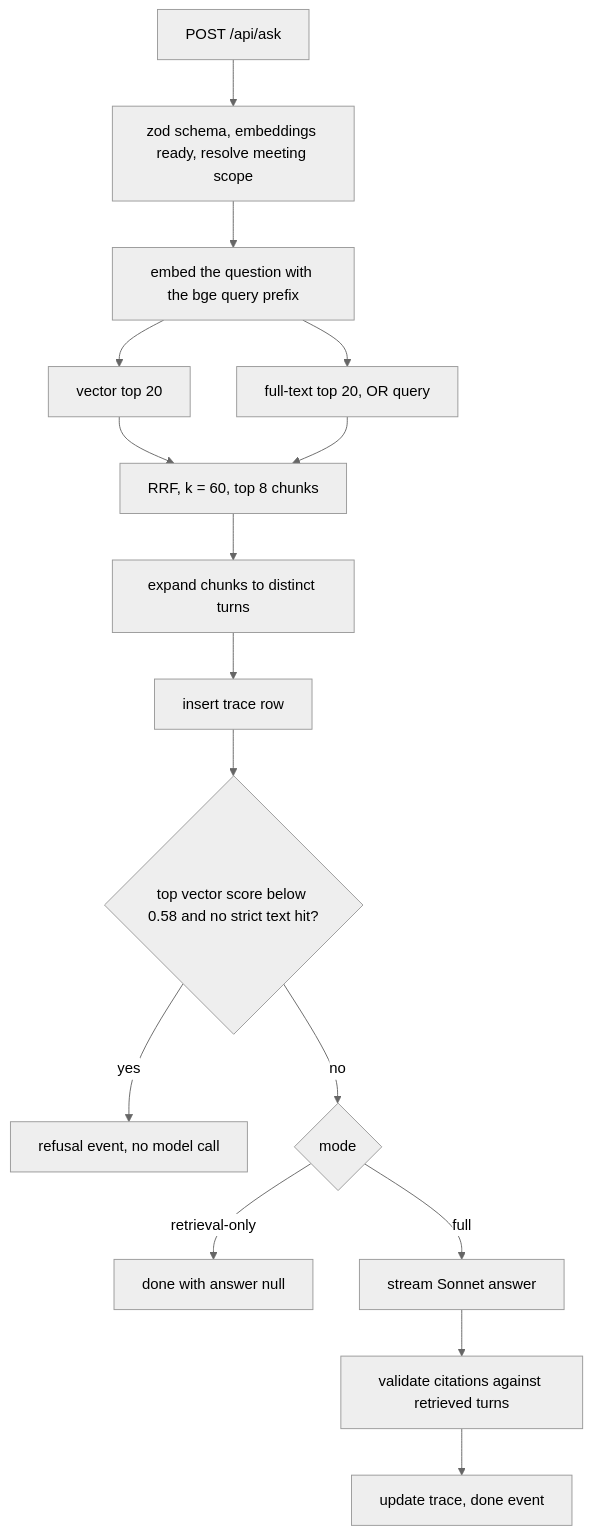
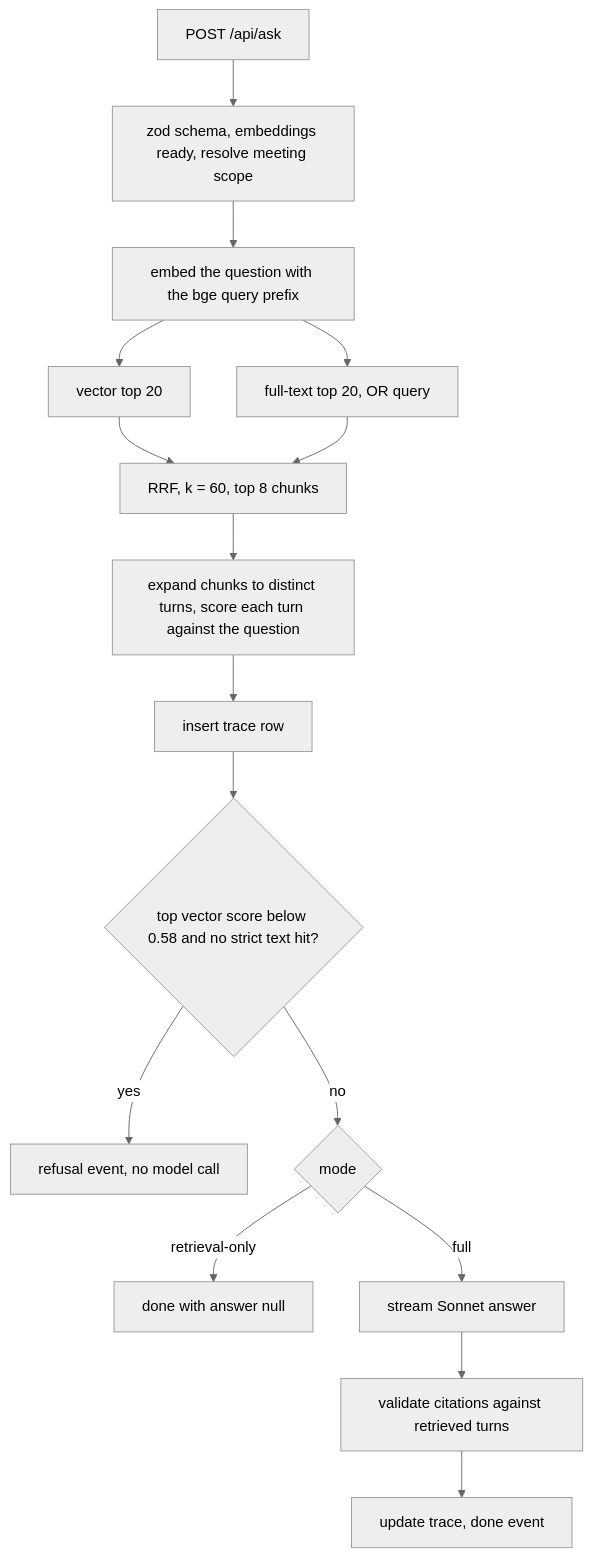
Before and after one commit to christosgalaios/meeting-intelligence: the third of 4 diagrams in docs/architecture.md, drawn with Mermaid (neutral theme). The commit also changed other lines of this file and 2 other files, not shown here.

First line of the commit message:
Docs: close validation and turn-score TODOs, document sample button and POST /api/seed

````diff
--- a/docs/architecture.md
+++ b/docs/architecture.md
@@ -48,18 +49,18 @@
 ```mermaid
 flowchart TD
   Q["POST /api/ask"] --> V["zod schema, embeddings ready, resolve meeting scope"]
   V --> EQ["embed the question with the bge query prefix"]
   EQ --> VS["vector top 20"]
   EQ --> FS["full-text top 20, OR query"]
   VS --> RRF["RRF, k = 60, top 8 chunks"]
   FS --> RRF
-  RRF --> TU["expand chunks to distinct turns"]
+  RRF --> TU["expand chunks to distinct turns, score each turn against the question"]
   TU --> T1["insert trace row"]
   T1 --> G{"top vector score below 0.58 and no strict text hit?"}
   G -->|yes| RF["refusal event, no model call"]
   G -->|no| M{"mode"}
   M -->|"retrieval-only"| RO["done with answer null"]
   M -->|full| LL["stream Sonnet answer"]
   LL --> CV["validate citations against retrieved turns"]
   CV --> FT["update trace, done event"]
 ```
````
